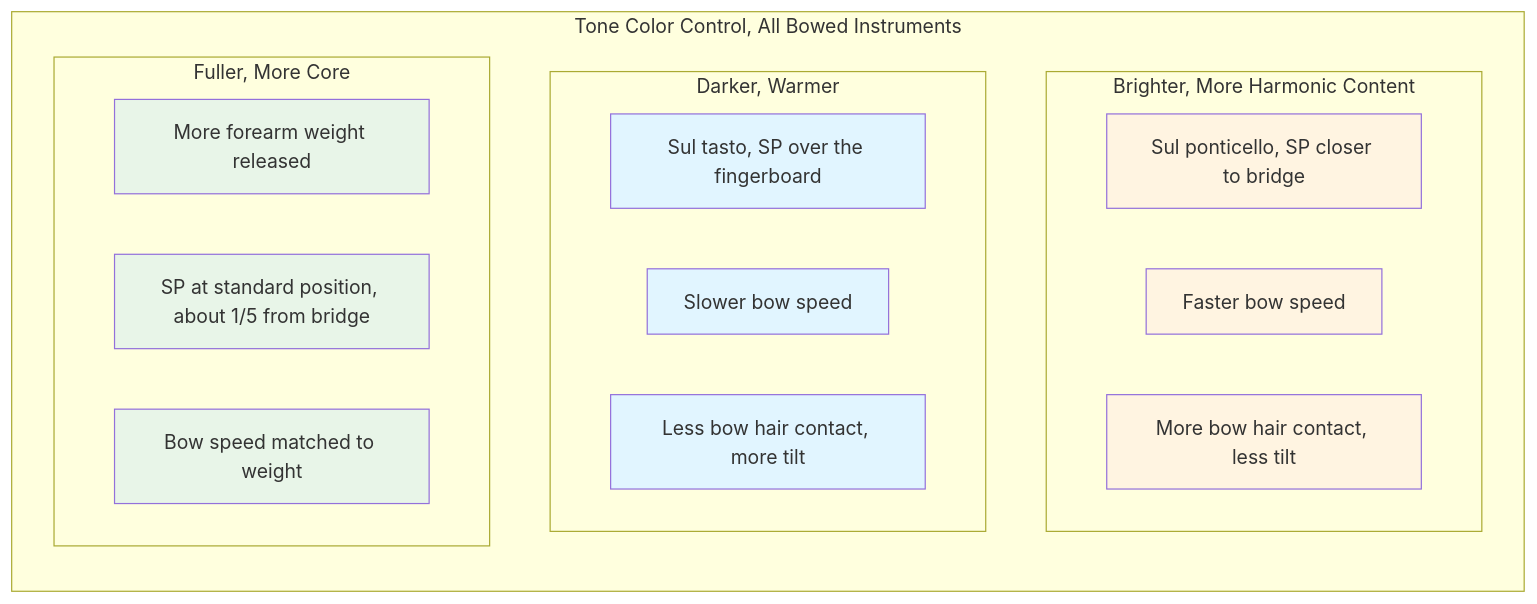
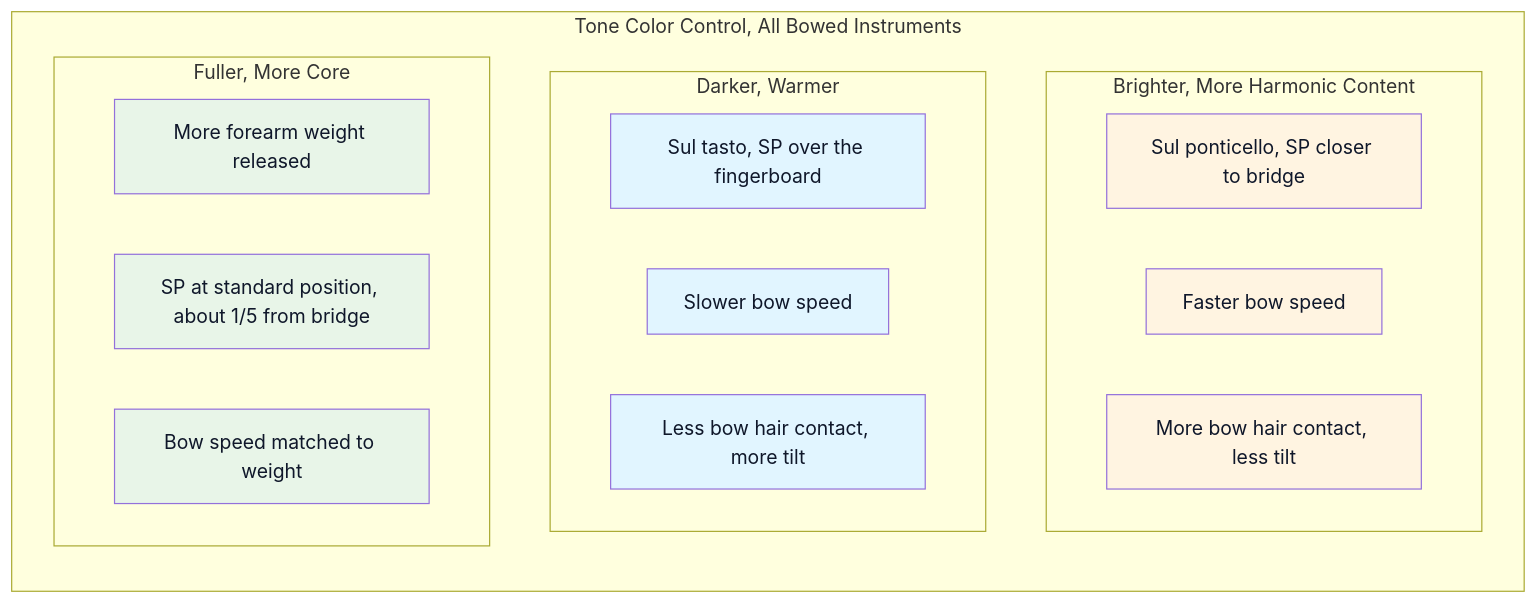
Before and after one commit to blebleblee/synapse: the eighth of 8 diagrams in topics/arts/music_performance/strings/lesson_01_string_techniques.md, drawn with Mermaid. The commit also changed other lines of this file and 1464 other files, not shown here.

Commit message:
feat(release): curriculum vector mermaid upgrade, render hardening, and master synpack

````diff
--- a/topics/arts/music_performance/strings/lesson_01_string_techniques.md
+++ b/topics/arts/music_performance/strings/lesson_01_string_techniques.md
@@ -802,30 +802,30 @@
 ```mermaid
 graph LR
     subgraph sub_palette ["Tone Color Control, All Bowed Instruments"]
         subgraph sub_bright ["Brighter, More Harmonic Content"]
             B1["Sul ponticello, SP closer to bridge"]
             B2["Faster bow speed"]
             B3["More bow hair contact, less tilt"]
         end
         subgraph sub_dark ["Darker, Warmer"]
             D1["Sul tasto, SP over the fingerboard"]
             D2["Slower bow speed"]
             D3["Less bow hair contact, more tilt"]
         end
         subgraph sub_full ["Fuller, More Core"]
             F1["More forearm weight released"]
             F2["SP at standard position, about 1/5 from bridge"]
             F3["Bow speed matched to weight"]
         end
     end
 
-    style B1 fill:#fff4e1
-    style B2 fill:#fff4e1
-    style B3 fill:#fff4e1
-    style D1 fill:#e1f5ff
-    style D2 fill:#e1f5ff
-    style D3 fill:#e1f5ff
-    style F1 fill:#e8f5e8
-    style F2 fill:#e8f5e8
-    style F3 fill:#e8f5e8
+    style B1 fill:#fff4e1,color:#0f172a
+    style B2 fill:#fff4e1,color:#0f172a
+    style B3 fill:#fff4e1,color:#0f172a
+    style D1 fill:#e1f5ff,color:#0f172a
+    style D2 fill:#e1f5ff,color:#0f172a
+    style D3 fill:#e1f5ff,color:#0f172a
+    style F1 fill:#e8f5e8,color:#0f172a
+    style F2 fill:#e8f5e8,color:#0f172a
+    style F3 fill:#e8f5e8,color:#0f172a
 ```
````
